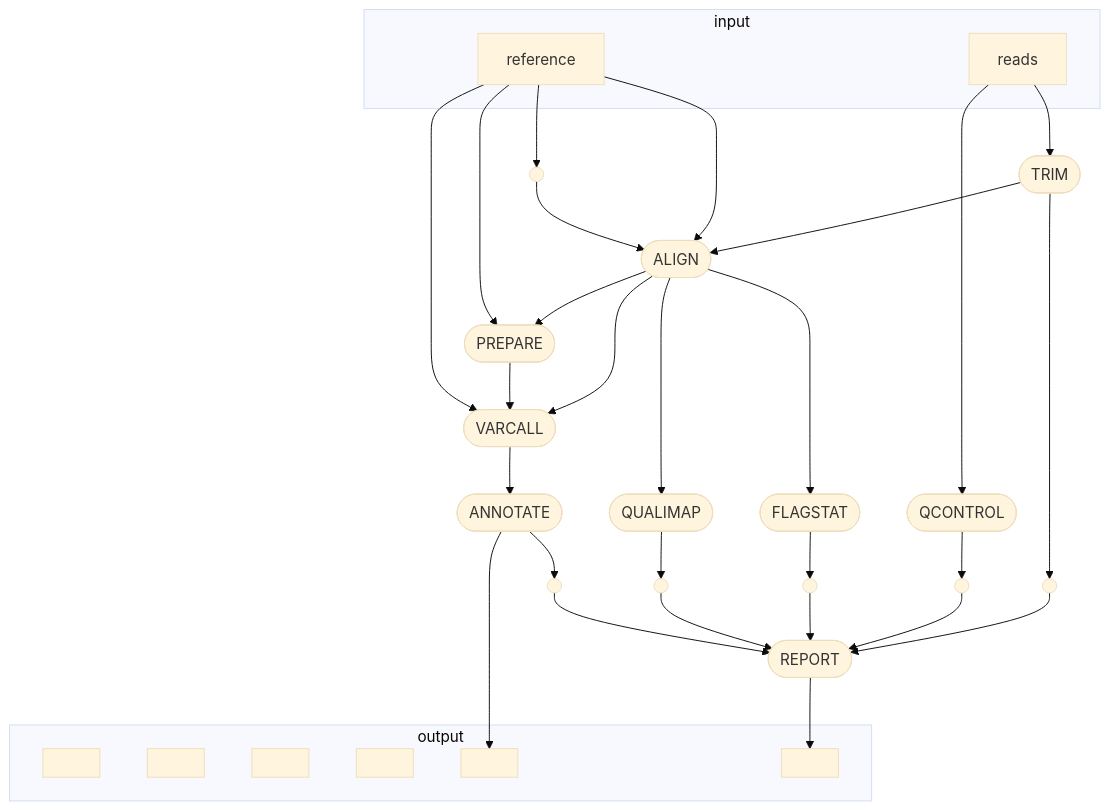
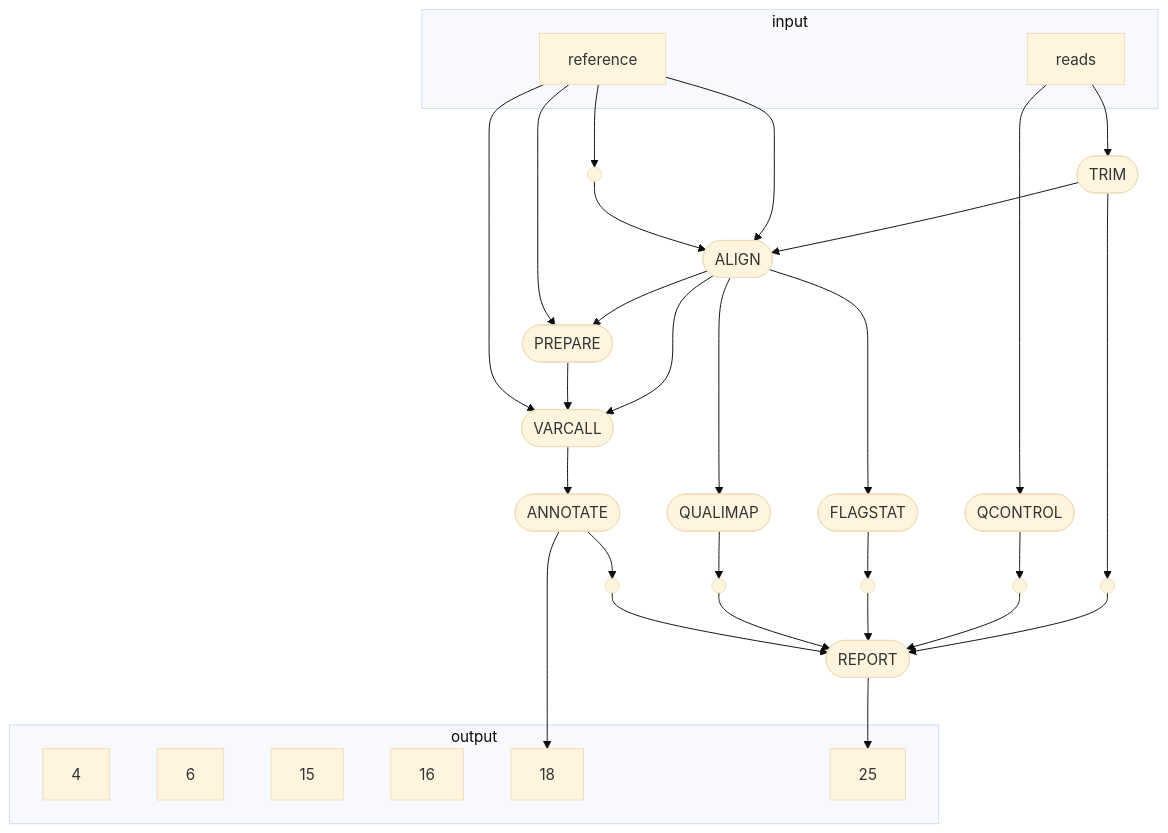
The diagram in README.md (glebus-sasha/deepvariant_nf), drawn with Mermaid before and after one commit. The commit also changed other lines of this file, not shown here.

````diff
--- a/README.md
+++ b/README.md
@@ -35,57 +5,57 @@
 ```mermaid
 %%{init: {'theme':'base'}}%%
 flowchart TB
     subgraph "input"
     v0["reads"]
     v1["reference"]
     end
     v3([QCONTROL])
     subgraph "output"
-    v4[" "]
-    v6[" "]
-    v15[" "]
-    v16[" "]
-    v18[" "]
-    v25[" "]
+    v4["4"]
+    v6["6"]
+    v15["15"]
+    v16["16"]
+    v18["18"]
+    v25["25"]
     end
     v5([TRIM])
     v8([ALIGN])
     v9([FLAGSTAT])
     v10([QUALIMAP])
     v12([PREPARE])
     v14([VARCALL])
     v17([ANNOTATE])
     v24([REPORT])
     v2(( ))
     v19(( ))
     v20(( ))
     v21(( ))
     v22(( ))
     v23(( ))
     v0 --> v3
     v0 --> v5
     v1 --> v2
     v3 --> v20
     v5 --> v8
     v5 --> v19
     v1 --> v8
     v2 --> v8
     v8 --> v9
     v8 --> v10
     v8 --> v12
     v8 --> v14
     v9 --> v21
     v10 --> v22
     v1 --> v12
     v12 --> v14
     v1 --> v14
     v14 --> v17
     v17 --> v18
     v17 --> v23
     v19 --> v24
     v20 --> v24
     v21 --> v24
     v22 --> v24
     v23 --> v24
     v24 --> v25
 ```
````
